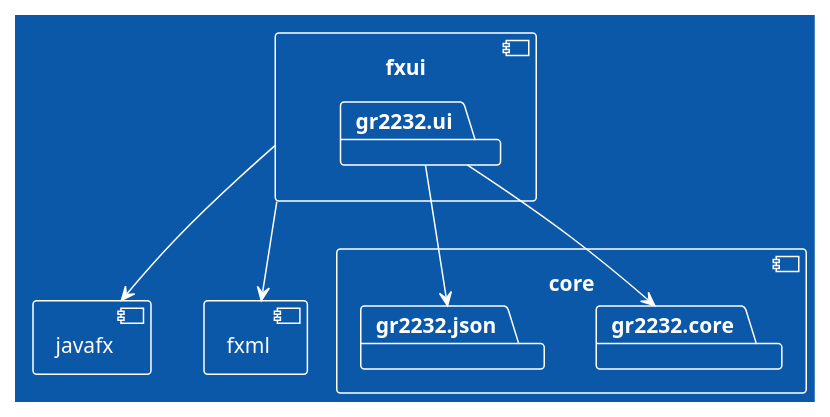
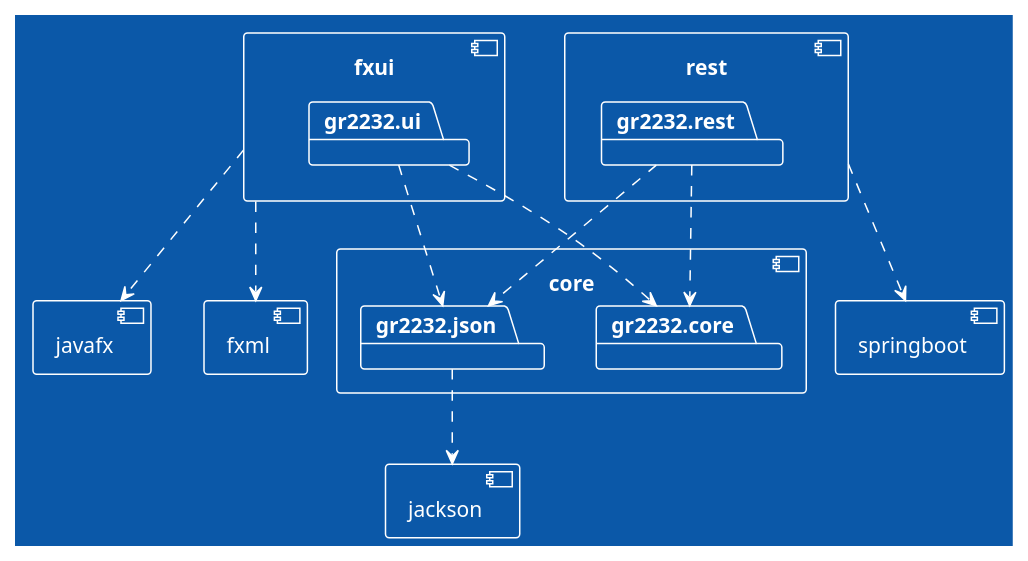
The diagram in gr2232/docs/release2/packageDiagram.puml (YounesBB/Storage_Rental), drawn with PlantUML before and after one commit. The commit also changed 4 other files, not shown here.

```diff
--- a/gr2232/docs/release2/packageDiagram.puml
+++ b/gr2232/docs/release2/packageDiagram.puml
@@ -1,17 +1,29 @@
 @startuml
 !theme amiga
 Component fxui {
   package "gr2232.ui" 
 
 } 
-fxui --> [javafx]
-fxui --> [fxml]
+fxui ..> [javafx]
+fxui ..> [fxml]
 
 Component core {
   package "gr2232.core"
   package "gr2232.json"
 
 }
-gr2232.ui --> gr2232.core
-gr2232.ui --> gr2232.json
+
+gr2232.json ..> [jackson]
+
+Component rest {
+  package "gr2232.rest" 
+} 
+
+rest ..> [springboot]
+gr2232.rest ..> gr2232.core
+gr2232.rest ..> gr2232.json
+
+
+gr2232.ui ..> gr2232.core
+gr2232.ui ..> gr2232.json
 @enduml
```
